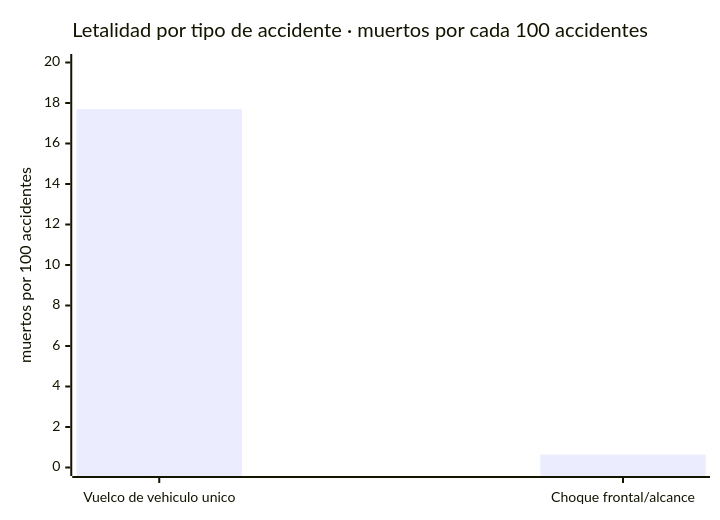
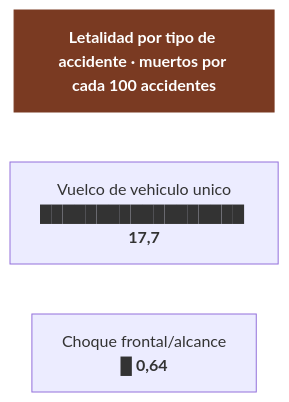
One commit to morandeirachema/namibia changed the first of 3 diagrams in 05-conduccion.md. Above: the diagram before and after it, drawn with Mermaid. The commit also changed other lines of this file and 9 other files, not shown here.

Commit message:
Cambiar los 23 graficos xychart-beta por barras de flowchart: GitHub no renderiza los tipos beta de Mermaid

````diff
--- a/05-conduccion.md
+++ b/05-conduccion.md
@@ -25,7 +25,9 @@
 ```mermaid
-xychart-beta
-    title "Letalidad por tipo de accidente · muertos por cada 100 accidentes"
-    x-axis ["Vuelco de vehiculo unico", "Choque frontal/alcance"]
-    y-axis "muertos por 100 accidentes" 0 --> 20
-    bar [17.7, 0.64]
+flowchart TD
+    T["<b>Letalidad por tipo de accidente · muertos por cada 100 accidentes</b>"]
+    n0["Vuelco de vehiculo unico<br/>██████████████████ <b>17,7</b>"]
+    n1["Choque frontal/alcance<br/>█ <b>0,64</b>"]
+    T ~~~ n0
+    n0 ~~~ n1
+    style T fill:#7a3a22,color:#fff,stroke:#7a3a22
 ```
````
